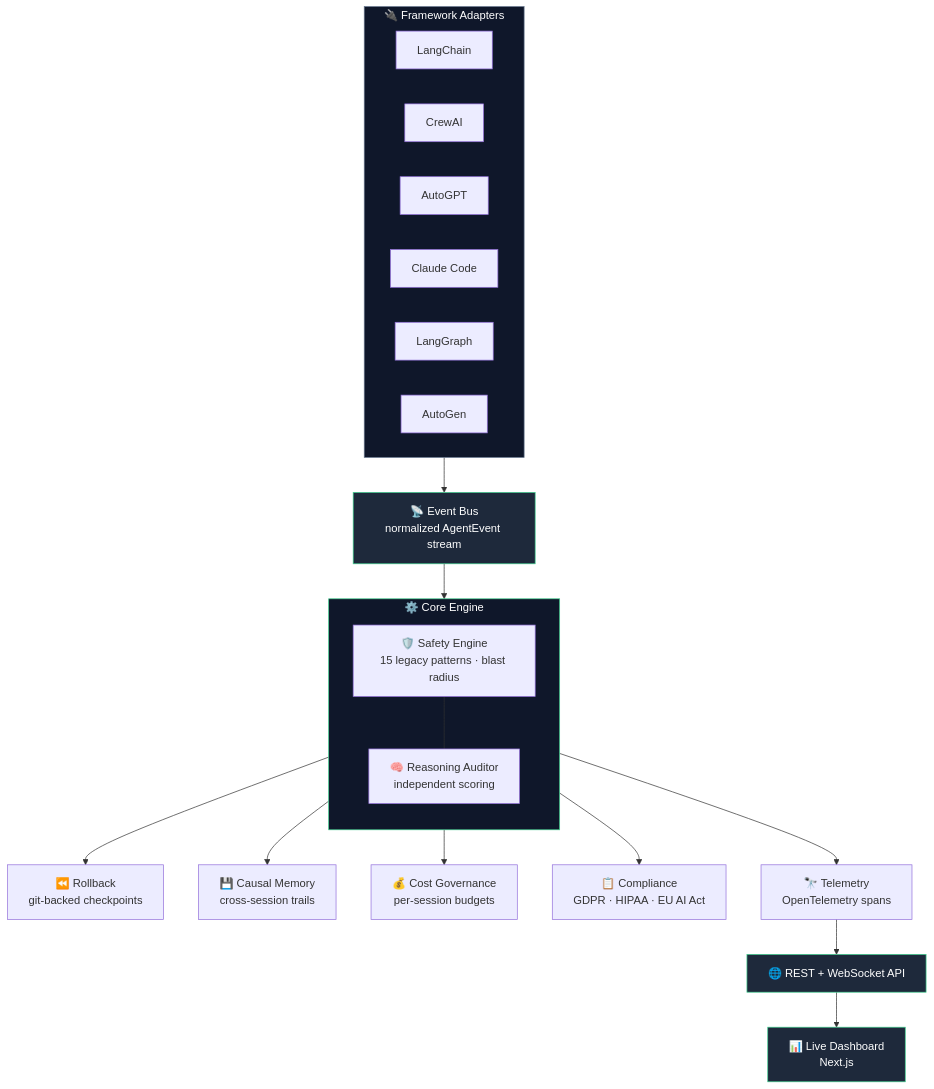
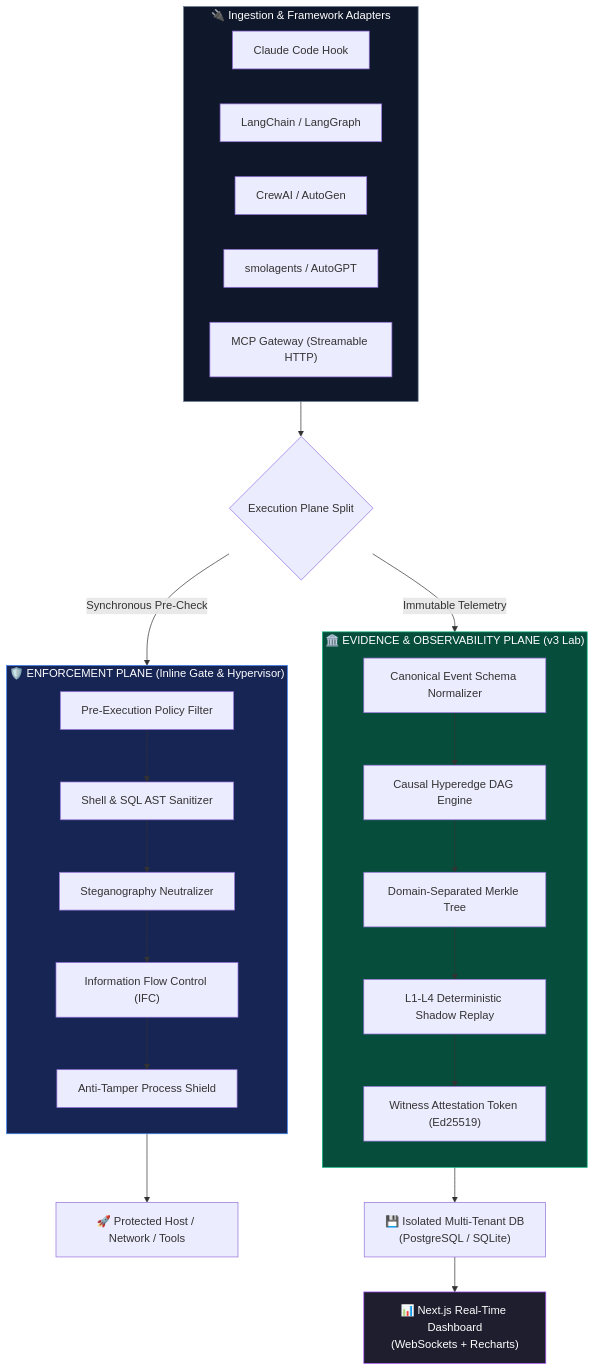
Before and after one commit to Shinraya-Tech-Labs/AgentWatch: the second of 6 diagrams in README.md, drawn with Mermaid. The commit also changed other lines of this file, not shown here.

Commit message:
docs: modernize README with v0.3.1 architecture, interactive diagrams, and security benchmarks

````diff
--- a/README.md
+++ b/README.md
@@ -156,38 +116,45 @@
 ```mermaid
 flowchart TB
-    subgraph ADAPTERS["🔌 Framework Adapters"]
+    subgraph INGEST["🔌 Ingestion & Framework Adapters"]
         direction LR
-        LC["LangChain"]
-        CR["CrewAI"]
-        AG["AutoGPT"]
-        CC["Claude Code"]
-        LG["LangGraph"]
-        AU["AutoGen"]
+        A1["Claude Code Hook"]
+        A2["LangChain / LangGraph"]
+        A3["CrewAI / AutoGen"]
+        A4["smolagents / AutoGPT"]
+        A5["MCP Gateway (Streamable HTTP)"]
     end
 
-    ADAPTERS --> BUS["📡 Event Bus<br/>normalized AgentEvent stream"]
+    INGEST --> SPLIT{"Execution Plane Split"}
 
-    BUS --> CORE
-
-    subgraph CORE["⚙️ Core Engine"]
+    subgraph ENFORCE["🛡️ ENFORCEMENT PLANE (Inline Gate & Hypervisor)"]
         direction TB
-        SAFE["🛡️ Safety Engine<br/>15 legacy patterns · blast radius"]
-        REASON["🧠 Reasoning Auditor<br/>independent scoring"]
-        SAFE --- REASON
+        E1["Pre-Execution Policy Filter"]
+        E2["Shell & SQL AST Sanitizer"]
+        E3["Steganography Neutralizer"]
+        E4["Information Flow Control (IFC)"]
+        E5["Anti-Tamper Process Shield"]
+        E1 --> E2 --> E3 --> E4 --> E5
     end
 
-    CORE --> ROLL["⏪ Rollback<br/>git-backed checkpoints"]
-    CORE --> MEM["💾 Causal Memory<br/>cross-session trails"]
-    CORE --> COST["💰 Cost Governance<br/>per-session budgets"]
-    CORE --> GOV["📋 Compliance<br/>GDPR · HIPAA · EU AI Act"]
+    subgraph EVIDENCE["🏛️ EVIDENCE & OBSERVABILITY PLANE (v3 Lab)"]
+        direction TB
+        O1["Canonical Event Schema Normalizer"]
+        O2["Causal Hyperedge DAG Engine"]
+        O3["Domain-Separated Merkle Tree"]
+        O4["L1-L4 Deterministic Shadow Replay"]
+        O5["Witness Attestation Token (Ed25519)"]
+        O1 --> O2 --> O3 --> O4 --> O5
+    end
 
-    CORE --> TEL["🔭 Telemetry<br/>OpenTelemetry spans"]
-    TEL --> API["🌐 REST + WebSocket API"]
-    API --> DASH["📊 Live Dashboard<br/>Next.js"]
+    SPLIT -->|"Synchronous Pre-Check"| ENFORCE
+    SPLIT -->|"Immutable Telemetry"| EVIDENCE
 
-    style ADAPTERS fill:#0f172a,stroke:#64748b,color:#fff
-    style CORE fill:#0f172a,stroke:#3ecf8e,color:#fff
-    style BUS fill:#1e293b,stroke:#3ecf8e,color:#fff
-    style API fill:#1e293b,stroke:#3ecf8e,color:#fff
-    style DASH fill:#1e293b,stroke:#3ecf8e,color:#fff
+    ENFORCE --> OUTPUT["🚀 Protected Host / Network / Tools"]
+    EVIDENCE --> STORAGE["💾 Isolated Multi-Tenant DB<br/>(PostgreSQL / SQLite)"]
+    STORAGE --> DASH["📊 Next.js Real-Time Dashboard<br/>(WebSockets + Recharts)"]
+
+    style INGEST fill:#0f172a,stroke:#64748b,color:#fff
+    style ENFORCE fill:#172554,stroke:#3b82f6,color:#fff
+    style EVIDENCE fill:#064e3b,stroke:#10b981,color:#fff
+    style DASH fill:#1e1e2e,stroke:#a855f7,color:#fff
 ```
````
